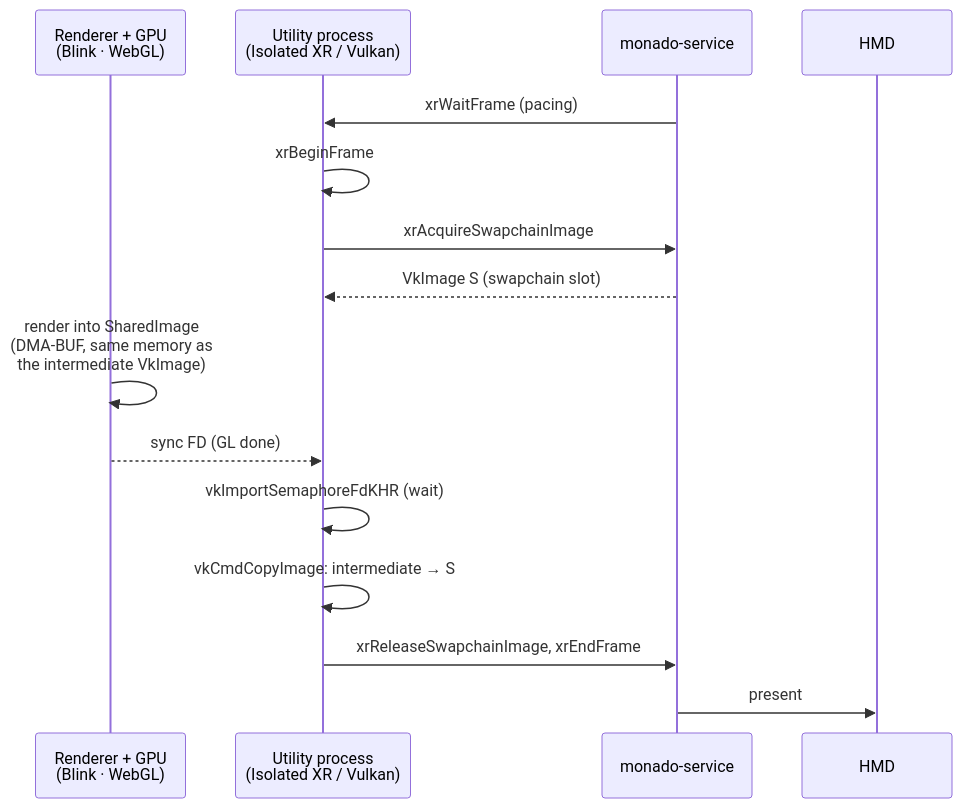
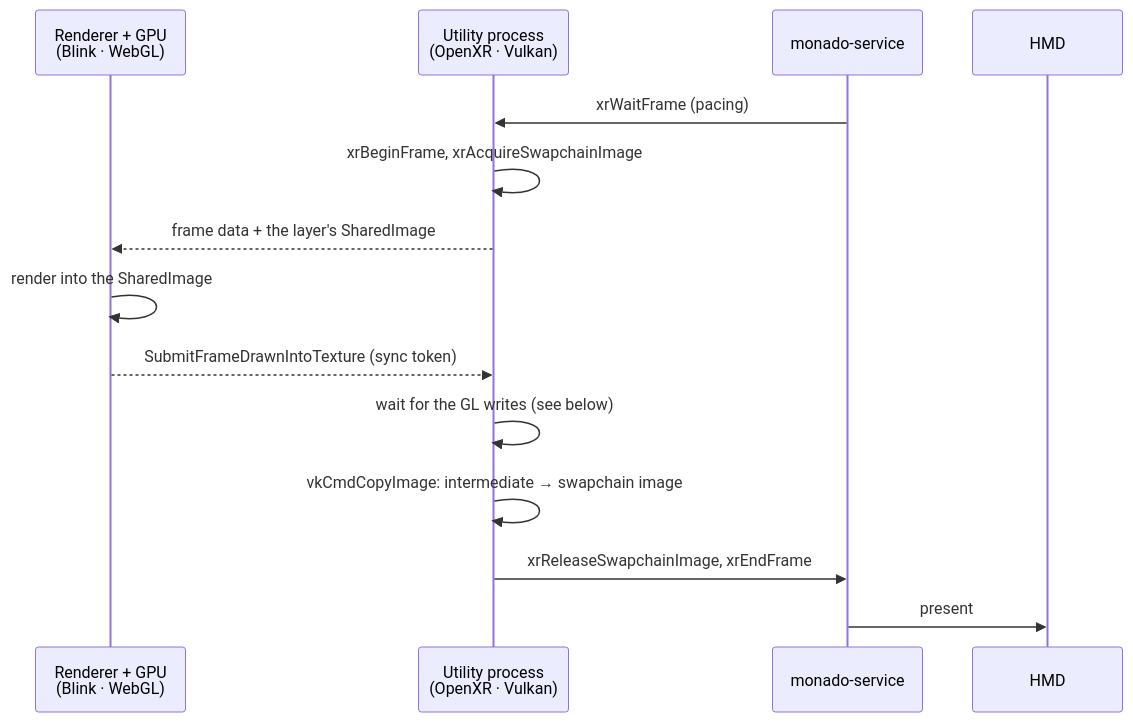
One commit to utzcoz/chromium-webxr-linux changed the third of 4 diagrams in README.md. Above: the diagram before and after it, drawn with Mermaid. The commit also changed other lines of this file and 19 other files, not shown here.

````diff
--- a/README.md
+++ b/README.md
@@ -206,18 +193,17 @@
 ```mermaid
 sequenceDiagram
     participant GL as Renderer + GPU<br/>(Blink · WebGL)
-    participant XR as Utility process<br/>(Isolated XR / Vulkan)
+    participant XR as Utility process<br/>(OpenXR · Vulkan)
     participant MN as monado-service
     participant HMD
 
     MN->>XR: xrWaitFrame (pacing)
-    XR->>XR: xrBeginFrame
-    XR->>MN: xrAcquireSwapchainImage
-    MN-->>XR: VkImage S (swapchain slot)
-    GL->>GL: render into SharedImage<br/>(DMA-BUF, same memory as<br/>the intermediate VkImage)
-    GL-->>XR: sync FD (GL done)
-    XR->>XR: vkImportSemaphoreFdKHR (wait)
-    XR->>XR: vkCmdCopyImage: intermediate → S
+    XR->>XR: xrBeginFrame, xrAcquireSwapchainImage
+    XR-->>GL: frame data + the layer's SharedImage
+    GL->>GL: render into the SharedImage
+    GL-->>XR: SubmitFrameDrawnIntoTexture (sync token)
+    XR->>XR: wait for the GL writes (see below)
+    XR->>XR: vkCmdCopyImage: intermediate → swapchain image
     XR->>MN: xrReleaseSwapchainImage, xrEndFrame
     MN->>HMD: present
 ```
````
